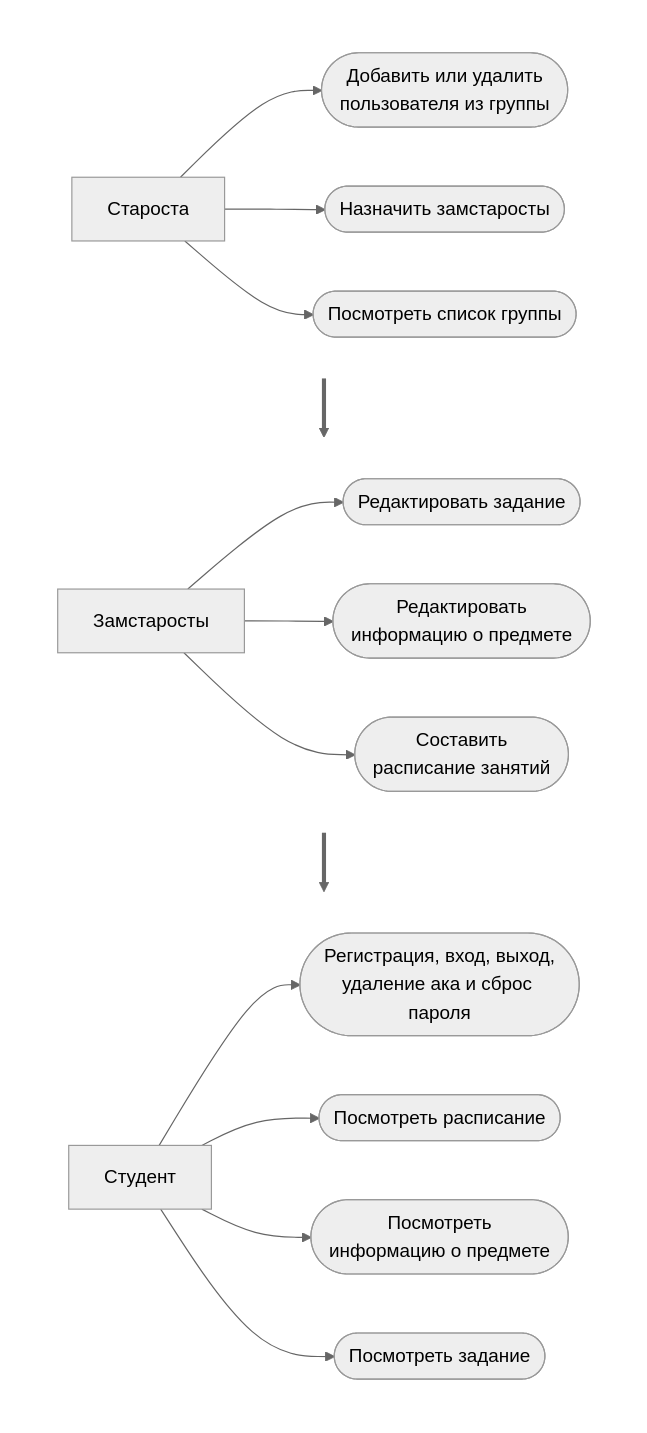
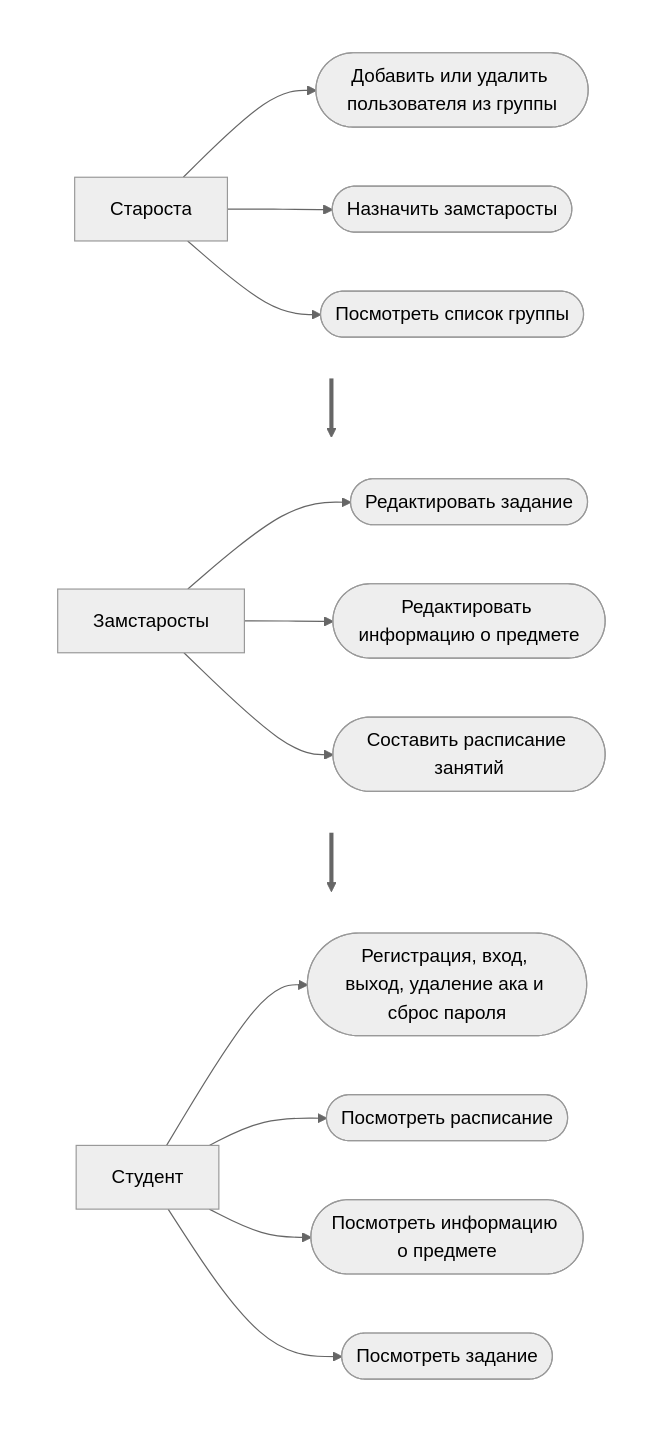
Before and after one commit to Sunrise443/BurnDo: the diagram in docs/diagrams/useCaseDiagram.mmd, drawn with Mermaid (neutral theme). The commit also changed 3 other files, not shown here.

```diff
--- a/docs/diagrams/useCaseDiagram.mmd
+++ b/docs/diagrams/useCaseDiagram.mmd
@@ -1,42 +1,42 @@
 flowchart TB
     subgraph rowStarosta[" "]
         direction LR
         starosta[Староста]
-        ucAdd([Добавить или удалить<br/>пользователя из группы])
+        ucAdd([Добавить или удалить пользователя из группы])
         ucAssign([Назначить замстаросты])
         ucList([Посмотреть список группы])
         starosta --> ucAdd
         starosta --> ucAssign
         starosta --> ucList
     end
 
     subgraph rowDeputy[" "]
         direction LR
         deputy[Замстаросты]
         ucEditTask([Редактировать задание])
-        ucEditSubject([Редактировать<br/>информацию о предмете])
-        ucMakeSchedule([Составить<br/>расписание занятий])
+        ucEditSubject([Редактировать информацию о предмете])
+        ucMakeSchedule([Составить расписание занятий])
         deputy --> ucEditTask
         deputy --> ucEditSubject
         deputy --> ucMakeSchedule
     end
 
     subgraph rowStudent[" "]
         direction LR
         student[Студент]
-        ucAccount([Регистрация, вход, выход,<br/>удаление ака и сброс пароля])
+        ucAccount([Регистрация, вход, выход, удаление ака и сброс пароля])
         ucViewSchedule([Посмотреть расписание])
-        ucViewSubject([Посмотреть<br/>информацию о предмете])
+        ucViewSubject([Посмотреть информацию о предмете])
         ucViewTask([Посмотреть задание])
         student --> ucAccount
         student --> ucViewSchedule
         student --> ucViewSubject
         student --> ucViewTask
     end
 
     starosta ==> deputy
     deputy ==> student
 
     style rowStarosta fill:none,stroke:none
     style rowDeputy fill:none,stroke:none
     style rowStudent fill:none,stroke:none
```
